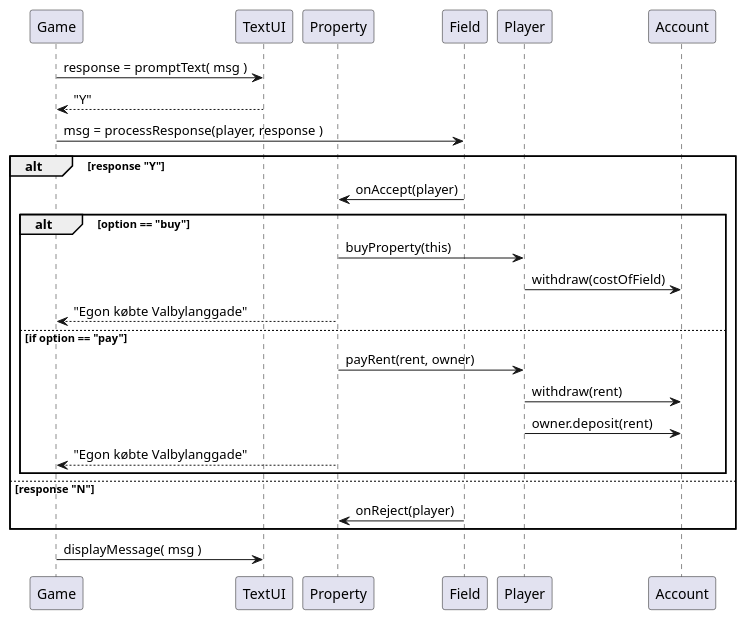
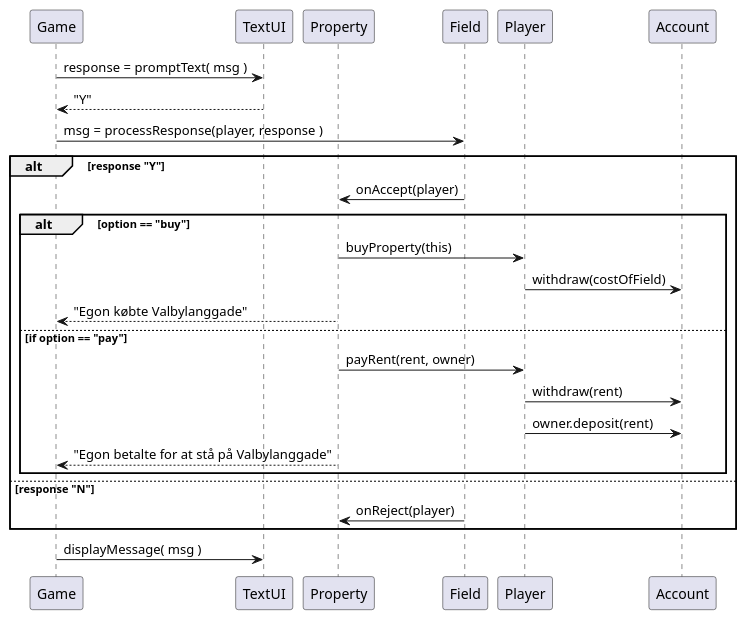
The diagram in doc/Plan/dynamic/sequence_uc4_landAndAct_2.puml (Dat1Cphbusiness/MonopolyE24), drawn with PlantUML before and after one commit. The commit also changed 2 other files, not shown here.

```diff
--- a/doc/Plan/dynamic/sequence_uc4_landAndAct_2.puml
+++ b/doc/Plan/dynamic/sequence_uc4_landAndAct_2.puml
@@ -1,36 +1,36 @@
 @startuml
 'https://plantuml.com/sequence-diagram
 
 participant Game as game
 participant TextUI as ui
 participant Property  as subField
 participant Field  as field
 
 game -> ui : response = promptText( msg )
 
 ui --> game : "Y"
 game -> field : msg = processResponse(player, response )
 
 alt response "Y"
     field  -> subField : onAccept(player)
 
     alt option == "buy"
         subField  -> Player: buyProperty(this)
         Player -> Account : withdraw(costOfField)
     subField --> game : "Egon købte Valbylanggade"
 
     else if option == "pay"
              subField -> Player :payRent(rent, owner)
              Player -> Account : withdraw(rent)
              Player -> Account : owner.deposit(rent)
-             subField --> game : "Egon købte Valbylanggade"
+             subField --> game : "Egon betalte for at stå på Valbylanggade"
     end
 
 else response "N"
     field -> subField : onReject(player)
     end
 
 
 game -> ui : displayMessage( msg )
 
 @enduml
```
